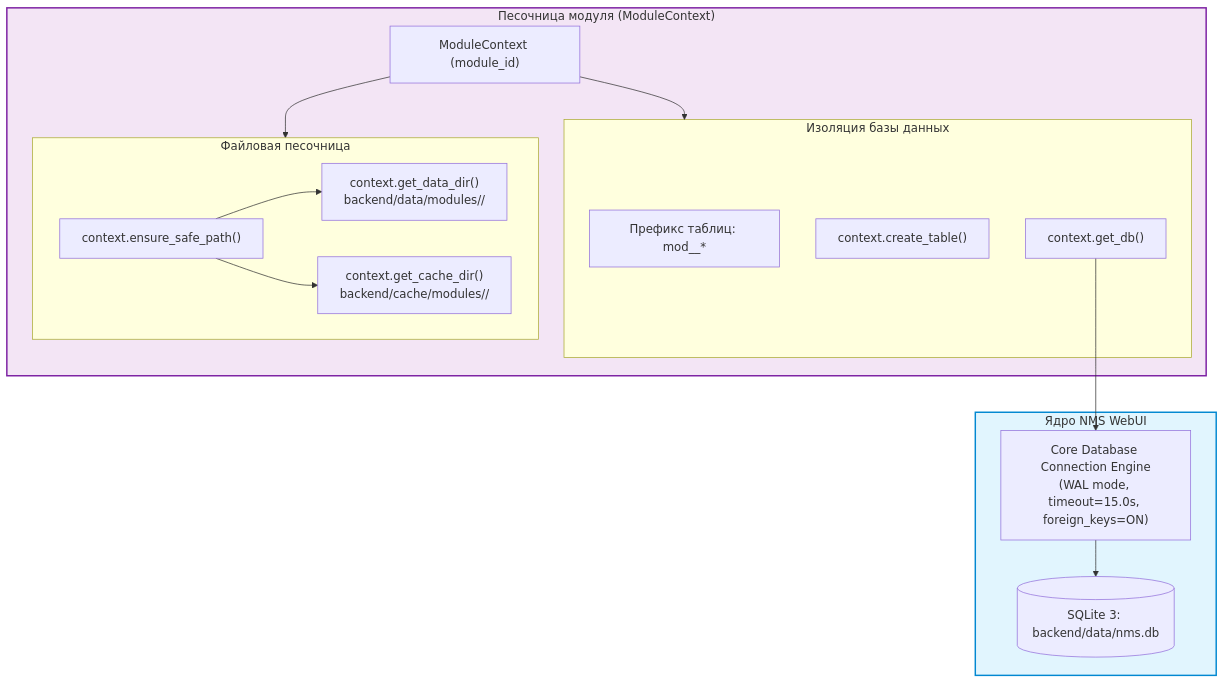
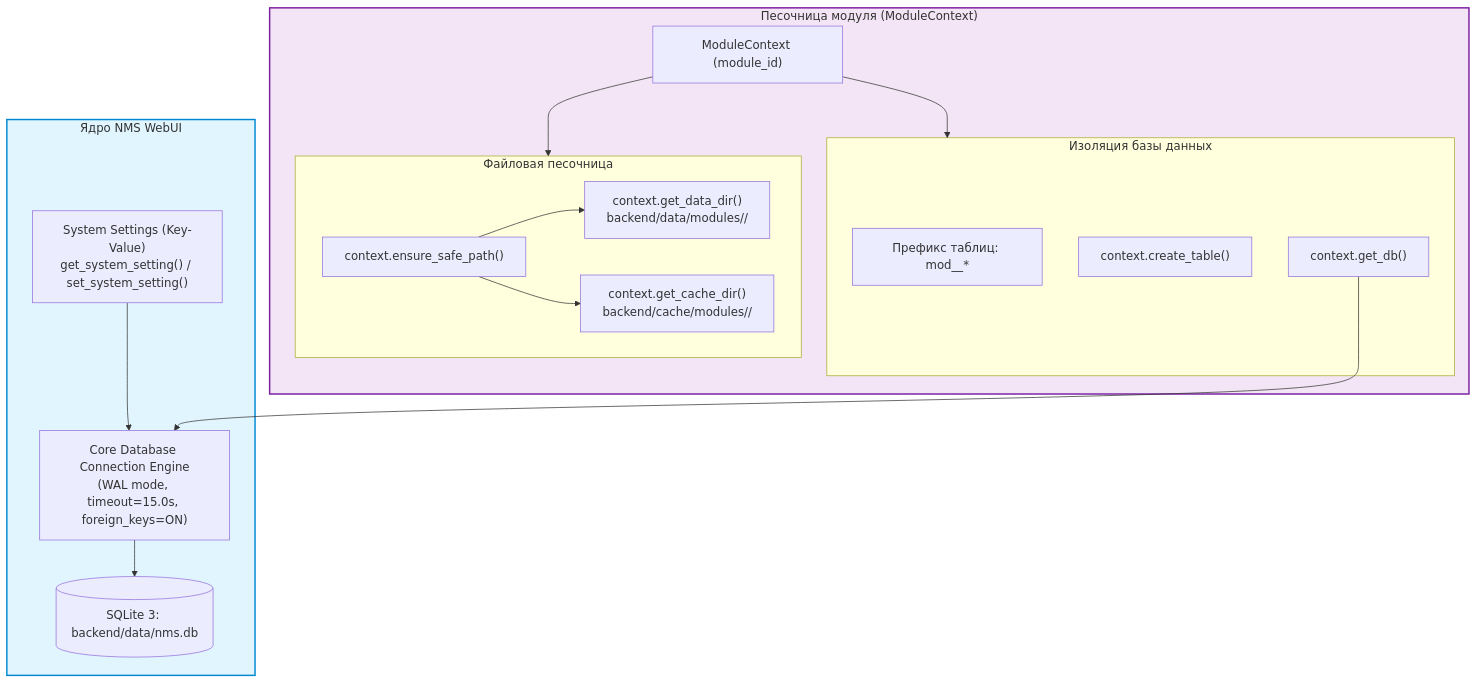
One commit to Apofixc/nms-webui changed the diagram in docs/wiki/03-module-development/04-database-and-storage.md. Above: the diagram before and after it, drawn with Mermaid. The commit also changed other lines of this file, not shown here.

````diff
--- a/docs/wiki/03-module-development/04-database-and-storage.md
+++ b/docs/wiki/03-module-development/04-database-and-storage.md
@@ -17,35 +18,37 @@
 ```mermaid
 flowchart TD
     subgraph Core ["Ядро NMS WebUI"]
         DB[(SQLite 3: backend/data/nms.db)]
         DBEngine["Core Database Connection Engine\n(WAL mode, timeout=15.0s, foreign_keys=ON)"]
+        SysSettings["System Settings (Key-Value)\nget_system_setting() / set_system_setting()"]
         DBEngine --> DB
+        SysSettings --> DBEngine
     end
 
     subgraph ModuleSandbox ["Песочница модуля (ModuleContext)"]
         MC["ModuleContext (module_id)"]
         
         subgraph DBIsolation ["Изоляция базы данных"]
             Prefix["Префикс таблиц: mod_<module_id>_*"]
             CreateTable["context.create_table()"]
             GetDB["context.get_db()"]
         end
         
         subgraph StorageIsolation ["Файловая песочница"]
             DataDir["context.get_data_dir()\nbackend/data/modules/<id>/"]
             CacheDir["context.get_cache_dir()\nbackend/cache/modules/<id>/"]
             SafePath["context.ensure_safe_path()"]
         end
     end
 
     MC --> DBIsolation
     MC --> StorageIsolation
     GetDB --> DBEngine
     SafePath --> DataDir
     SafePath --> CacheDir
 
     classDef core fill:#e1f5fe,stroke:#0288d1,stroke-width:2px;
     classDef module fill:#f3e5f5,stroke:#7b1fa2,stroke-width:2px;
     class Core core;
     class ModuleSandbox module;
 ```
````
